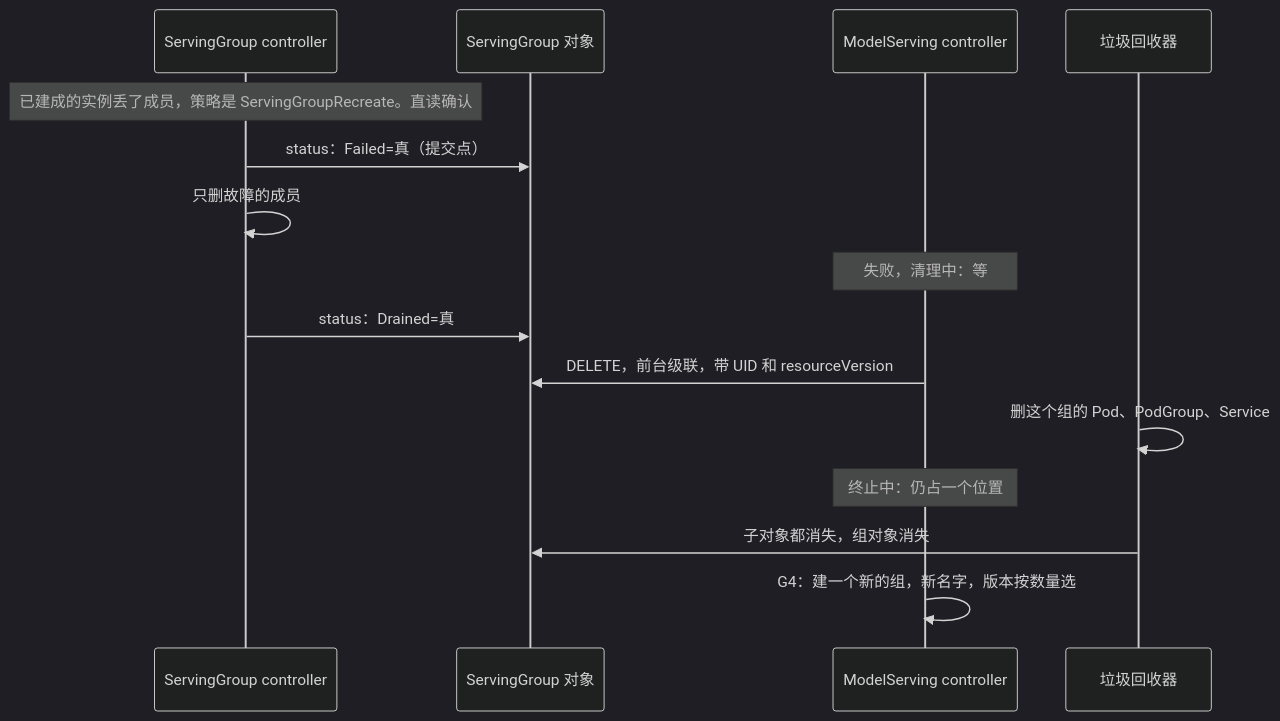
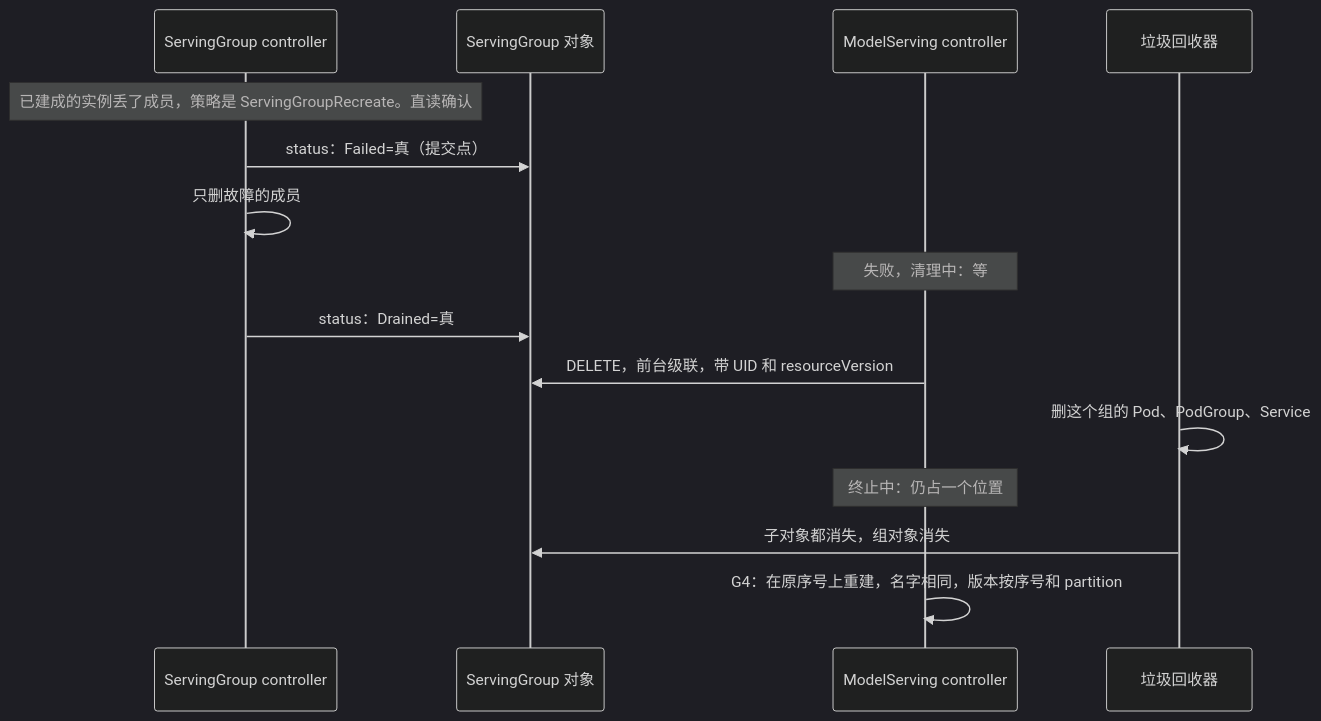
Before and after one commit to VanderChen/kthena: the fourth of 6 diagrams in docs/proposal/modelserving-servinggroup-cr/03-state-machine.md, drawn with Mermaid (dark theme). The commit also changed other lines of this file and 8 other files, not shown here.

````diff
--- a/docs/proposal/modelserving-servinggroup-cr/03-state-machine.md
+++ b/docs/proposal/modelserving-servinggroup-cr/03-state-machine.md
@@ -379,17 +413,17 @@
 ```mermaid
 sequenceDiagram
     participant S as ServingGroup controller
     participant G as ServingGroup 对象
     participant M as ModelServing controller
     participant GC as 垃圾回收器
     Note over S: 已建成的实例丢了成员，策略是 ServingGroupRecreate。直读确认
     S->>G: status：Failed=真（提交点）
     S->>S: 只删故障的成员
     Note over M: 失败，清理中：等
     S->>G: status：Drained=真
     M->>G: DELETE，前台级联，带 UID 和 resourceVersion
     GC->>GC: 删这个组的 Pod、PodGroup、Service
     Note over M: 终止中：仍占一个位置
     GC->>G: 子对象都消失，组对象消失
-    M->>M: G4：建一个新的组，新名字，版本按数量选
+    M->>M: G4：在原序号上重建，名字相同，版本按序号和 partition
 ```
````
